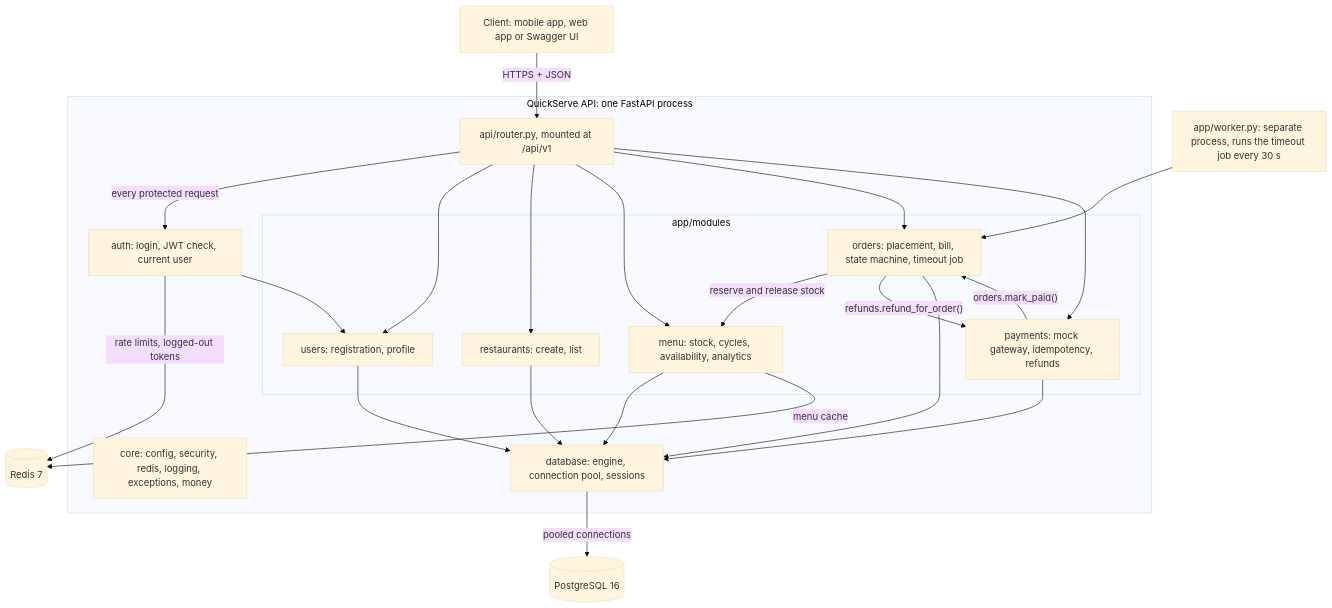
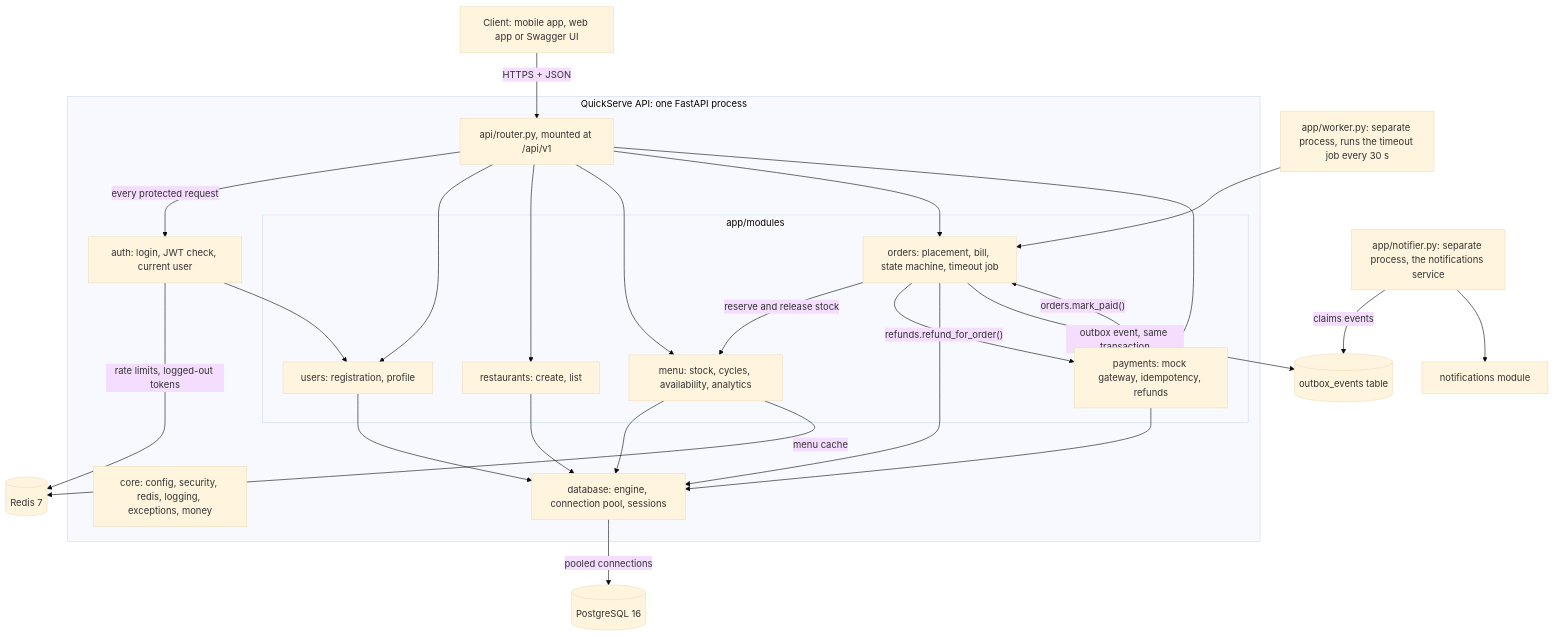
Before and after one commit to revant123/QuickServe: the first of 15 diagrams in README.md, drawn with Mermaid (base theme). The commit also changed other lines of this file and 30 other files, not shown here.

First line of the commit message:
Phase 8: notification service with the transactional outbox

````diff
--- a/README.md
+++ b/README.md
@@ -266,38 +269,41 @@
 ```mermaid
 flowchart TB
     client["Client: mobile app, web app or Swagger UI"] -->|"HTTPS + JSON"| router
 
     subgraph app["QuickServe API: one FastAPI process"]
         router["api/router.py, mounted at /api/v1"]
         authdep["auth: login, JWT check, current user"]
         subgraph modules["app/modules"]
             users["users: registration, profile"]
             rest["restaurants: create, list"]
             menu["menu: stock, cycles, availability, analytics"]
             orders["orders: placement, bill, state machine, timeout job"]
             pay["payments: mock gateway, idempotency, refunds"]
         end
         core["core: config, security, redis, logging, exceptions, money"]
         dbl["database: engine, connection pool, sessions"]
     end
 
     router -->|"every protected request"| authdep
     authdep --> users
     router --> users
     router --> rest
     router --> menu
     router --> orders
     router --> pay
     orders -->|"reserve and release stock"| menu
     orders -->|"refunds.refund_for_order()"| pay
     pay -->|"orders.mark_paid()"| orders
     users --> dbl
     rest --> dbl
     menu --> dbl
     orders --> dbl
     pay --> dbl
     dbl -->|"pooled connections"| pg[("PostgreSQL 16")]
     menu -->|"menu cache"| redisdb[("Redis 7")]
     authdep -->|"rate limits, logged-out tokens"| redisdb
     worker["app/worker.py: separate process, runs the timeout job every 30 s"] --> orders
+    orders -->|"outbox event, same transaction"| outboxt[("outbox_events table")]
+    notifier["app/notifier.py: separate process, the notifications service"] -->|"claims events"| outboxt
+    notifier --> notif["notifications module"]
 ```
````
